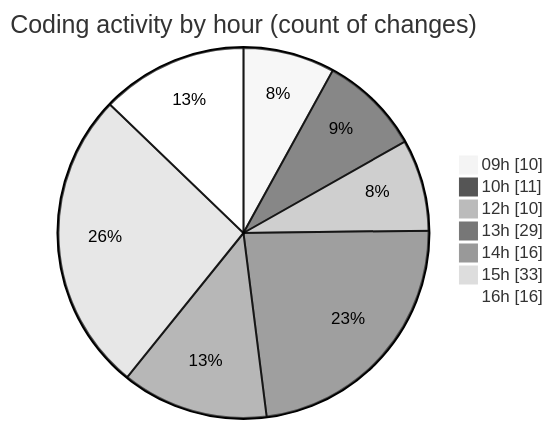
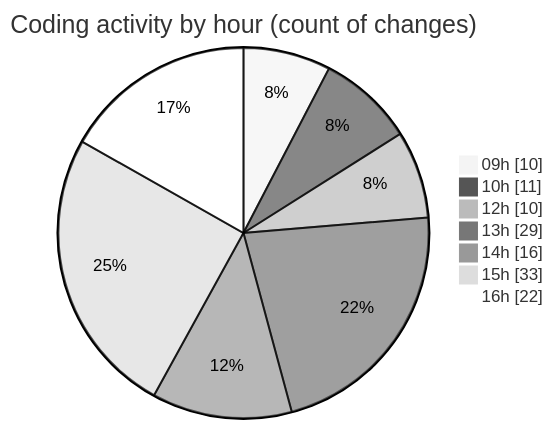
The second of 2 diagrams in 2025-09-12/cda/README.md (momahboobian/code-tracking), drawn with Mermaid (neutral theme) before and after one commit. The commit also changed other lines of this file and 1 other file, not shown here.

````diff
--- a/2025-09-12/cda/README.md
+++ b/2025-09-12/cda/README.md
@@ -47,11 +47,11 @@
 ```mermaid
 pie showData
 title Coding activity by hour (count of changes)
 "09h" : 10
 "10h" : 11
 "12h" : 10
 "13h" : 29
 "14h" : 16
 "15h" : 33
-"16h" : 16
+"16h" : 22
 ```
````
